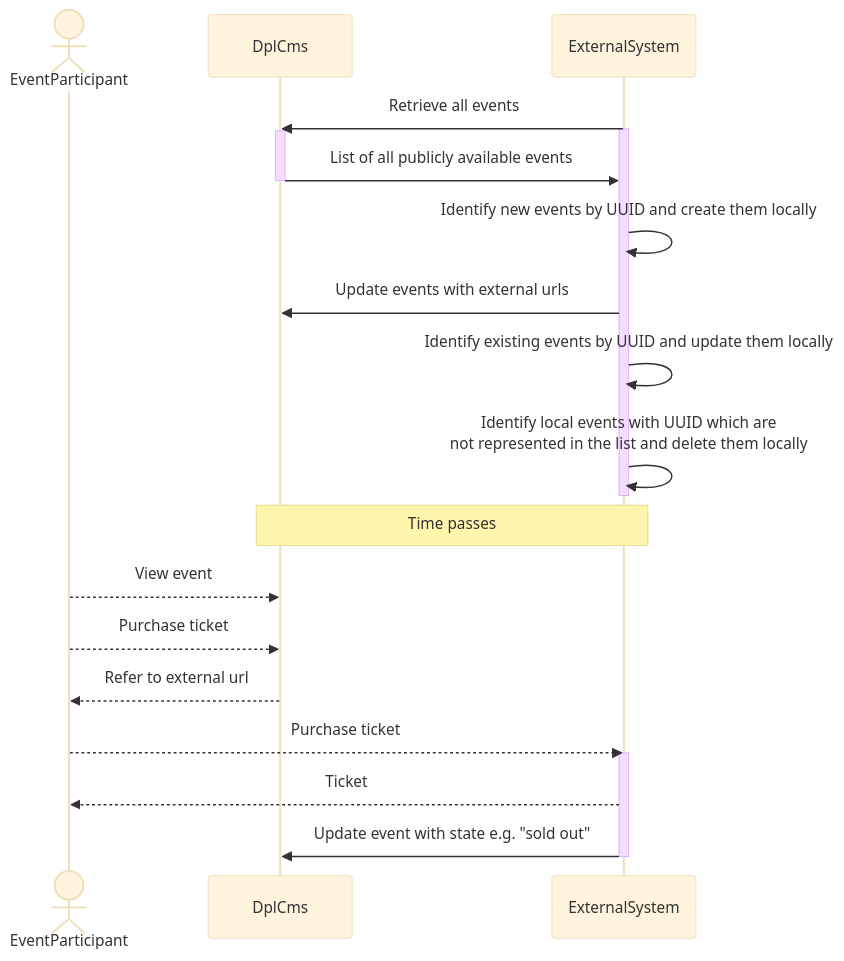
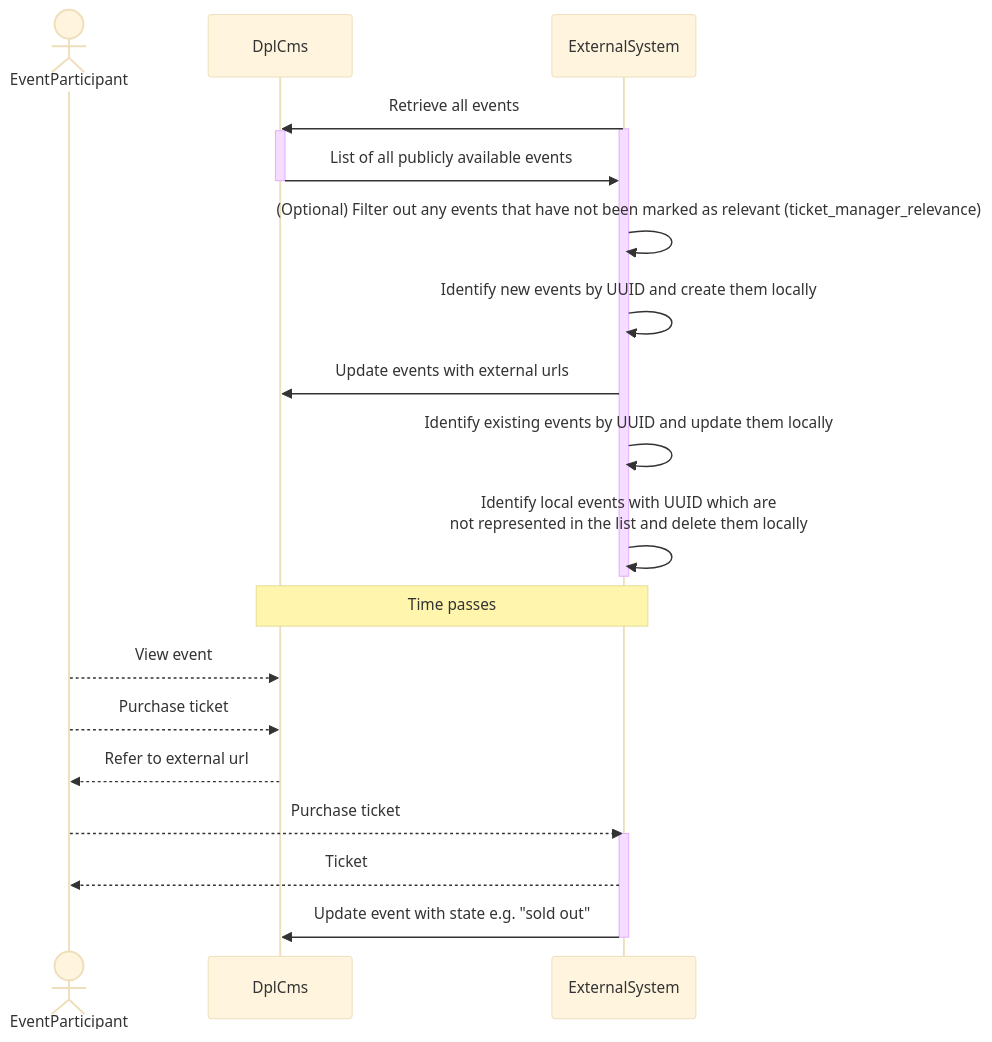
The diagram in cms/docs/event-integration.md (danskernesdigitalebibliotek/dpl-web), drawn with Mermaid (base theme) before and after one commit.

Commit message:
Update the event-integration docs.

````diff
--- a/cms/docs/event-integration.md
+++ b/cms/docs/event-integration.md
@@ -21,25 +21,26 @@
 ```mermaid
 sequenceDiagram
   Actor EventParticipant
   Participant DplCms
   Participant ExternalSystem
   ExternalSystem ->> DplCms: Retrieve all events
   activate ExternalSystem
   activate DplCms
   DplCms ->> ExternalSystem: List of all publicly available events
   deactivate DplCms
+  ExternalSystem ->> ExternalSystem: (Optional) Filter out any events that have not been marked as relevant (ticket_manager_relevance)
   ExternalSystem ->> ExternalSystem: Identify new events by UUID and create them locally
   ExternalSystem ->> DplCms: Update events with external urls
   ExternalSystem ->> ExternalSystem: Identify existing events by UUID and update them locally
   ExternalSystem ->> ExternalSystem: Identify local events with UUID which are<br/>not represented in the list and delete them locally
   deactivate ExternalSystem
   Note over DplCms,ExternalSystem: Time passes
   EventParticipant -->> DplCms: View event
   EventParticipant -->> DplCms: Purchase ticket
   DplCms -->> EventParticipant: Refer to external url
   EventParticipant -->> ExternalSystem: Purchase ticket
   activate ExternalSystem
   ExternalSystem -->> EventParticipant: Ticket
   ExternalSystem ->> DplCms: Update event with state e.g. "sold out"
   deactivate ExternalSystem
 ```
````
